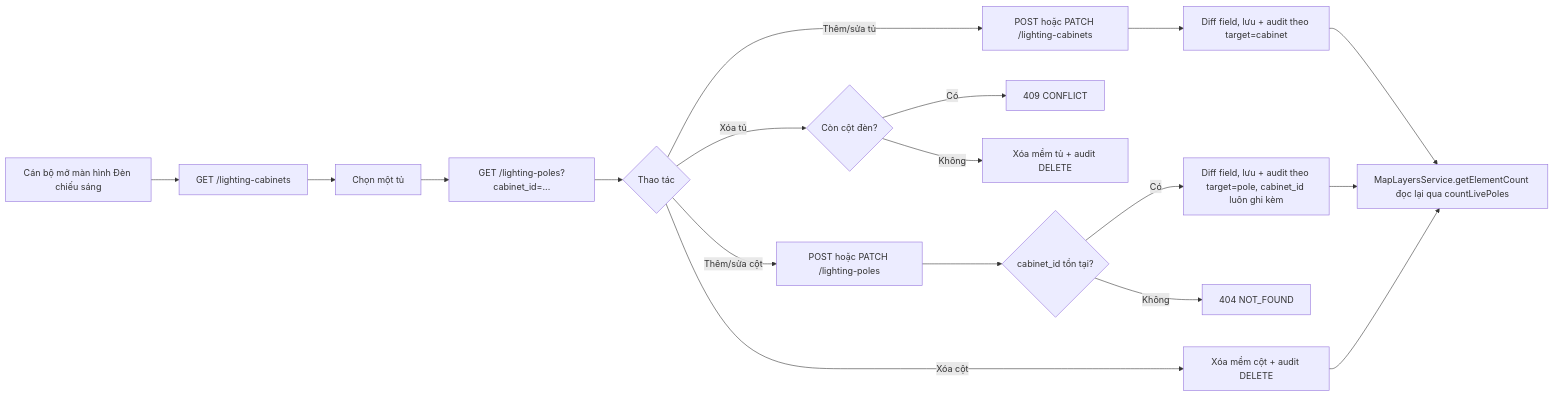
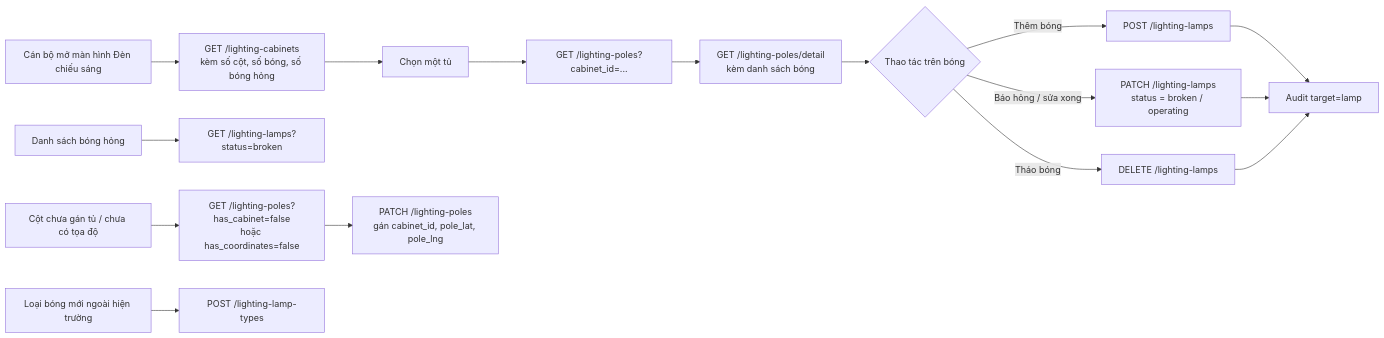
One commit to BigWave9702/api-hien-truong changed the diagram in lighting_technical_design.md. Above: the diagram before and after it, drawn with Mermaid. The commit also changed other lines of this file, not shown here.

Commit message:
update lighting technical

````diff
--- a/lighting_technical_design.md
+++ b/lighting_technical_design.md
@@ -91,20 +199,18 @@
 ```mermaid
 flowchart LR
-    A[Cán bộ mở màn hình Đèn chiếu sáng] --> B[GET /lighting-cabinets]
+    A[Cán bộ mở màn hình Đèn chiếu sáng] --> B[GET /lighting-cabinets<br/>kèm số cột, số bóng, số bóng hỏng]
     B --> C[Chọn một tủ]
     C --> D[GET /lighting-poles?cabinet_id=...]
-    D --> E{Thao tác}
-    E -->|Thêm/sửa tủ| F[POST hoặc PATCH /lighting-cabinets]
-    E -->|Xóa tủ| G{Còn cột đèn?}
-    G -->|Có| H[409 CONFLICT]
-    G -->|Không| I[Xóa mềm tủ + audit DELETE]
-    E -->|Thêm/sửa cột| J[POST hoặc PATCH /lighting-poles]
-    E -->|Xóa cột| K[Xóa mềm cột + audit DELETE]
-    F --> L[Diff field, lưu + audit theo target=cabinet]
-    J --> M{cabinet_id tồn tại?}
-    M -->|Không| N[404 NOT_FOUND]
-    M -->|Có| O[Diff field, lưu + audit theo target=pole, cabinet_id luôn ghi kèm]
-    L --> P[MapLayersService.getElementCount đọc lại qua countLivePoles]
-    O --> P
-    K --> P
+    D --> E[GET /lighting-poles/detail<br/>kèm danh sách bóng]
+    E --> F{Thao tác trên bóng}
+    F -->|Thêm bóng| G[POST /lighting-lamps]
+    F -->|Báo hỏng / sửa xong| H[PATCH /lighting-lamps<br/>status = broken / operating]
+    F -->|Tháo bóng| I[DELETE /lighting-lamps]
+    G --> J[Audit target=lamp]
+    H --> J
+    I --> J
+    K[Danh sách bóng hỏng] --> L[GET /lighting-lamps?status=broken]
+    M[Cột chưa gán tủ / chưa có tọa độ] --> N[GET /lighting-poles?has_cabinet=false<br/>hoặc has_coordinates=false]
+    N --> O[PATCH /lighting-poles<br/>gán cabinet_id, pole_lat, pole_lng]
+    P[Loại bóng mới ngoài hiện trường] --> Q[POST /lighting-lamp-types]
 ```
````
